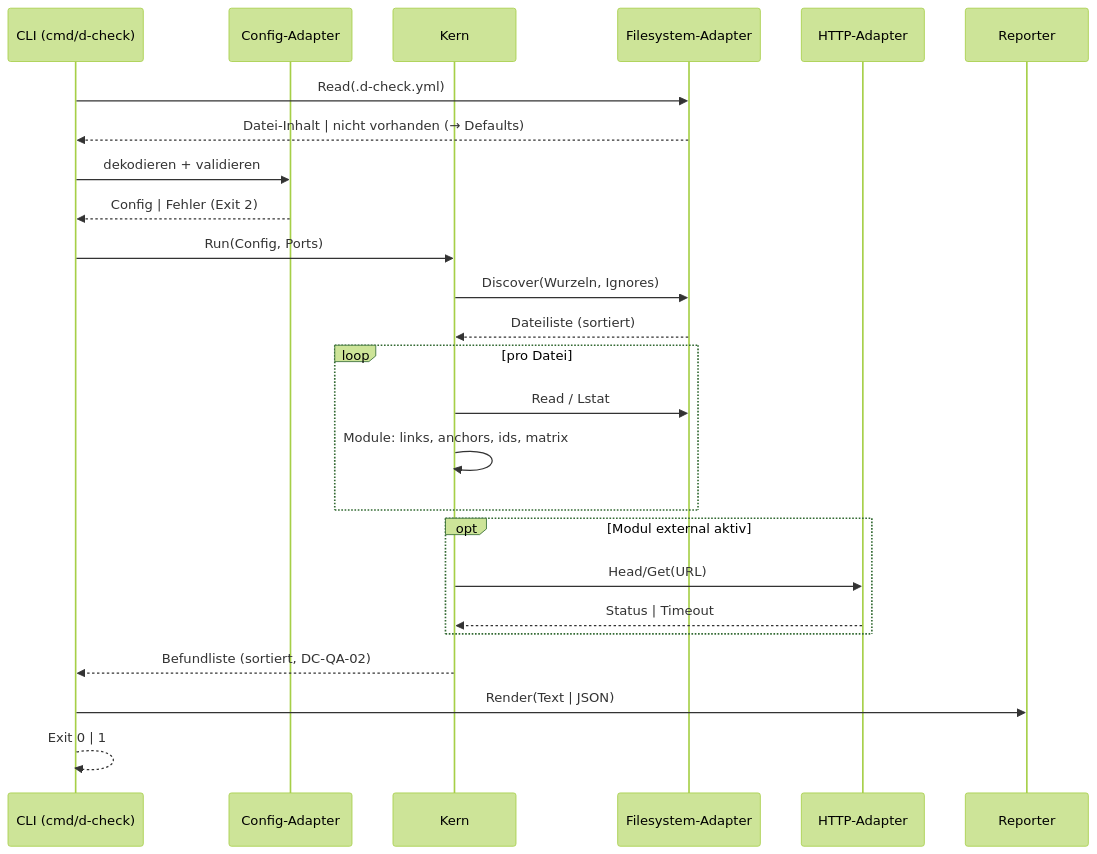
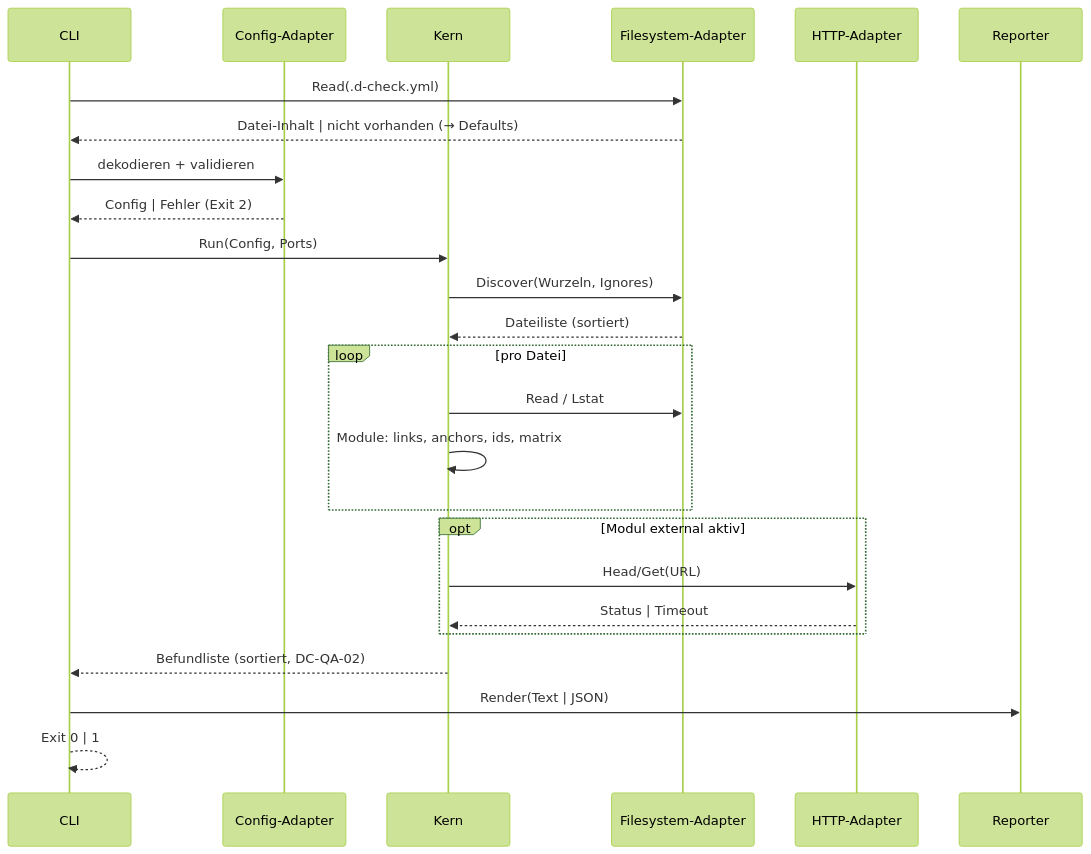
One commit to pt9912/d-check changed the second of 2 diagrams in spec/architecture.md. Above: the diagram before and after it, drawn with Mermaid (forest theme). The commit also changed other lines of this file and 5 other files, not shown here.

First line of the commit message:
docs(spec): architecture.md sprachneutral — Rollen statt Modul-Pfade

````diff
--- a/spec/architecture.md
+++ b/spec/architecture.md
@@ -70,28 +74,28 @@
 ```mermaid
 sequenceDiagram
-    participant CLI as CLI (cmd/d-check)
+    participant CLI
     participant CFG as Config-Adapter
     participant CORE as Kern
     participant FS as Filesystem-Adapter
     participant HTTP as HTTP-Adapter
     participant REP as Reporter
 
     CLI->>FS: Read(.d-check.yml)
     FS-->>CLI: Datei-Inhalt | nicht vorhanden (→ Defaults)
     CLI->>CFG: dekodieren + validieren
     CFG-->>CLI: Config | Fehler (Exit 2)
     CLI->>CORE: Run(Config, Ports)
     CORE->>FS: Discover(Wurzeln, Ignores)
     FS-->>CORE: Dateiliste (sortiert)
     loop pro Datei
         CORE->>FS: Read / Lstat
         CORE->>CORE: Module: links, anchors, ids, matrix
     end
     opt Modul external aktiv
         CORE->>HTTP: Head/Get(URL)
         HTTP-->>CORE: Status | Timeout
     end
     CORE-->>CLI: Befundliste (sortiert, DC-QA-02)
     CLI->>REP: Render(Text | JSON)
     CLI-->>CLI: Exit 0 | 1
 ```
````
